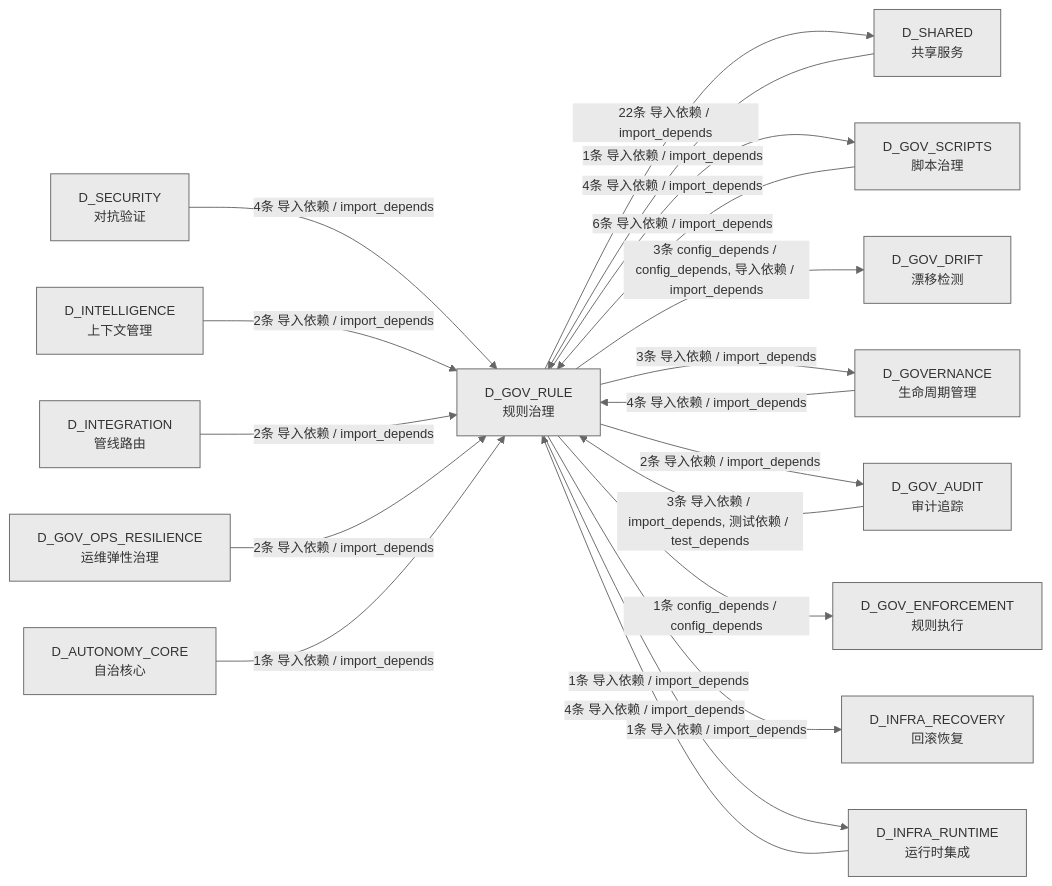
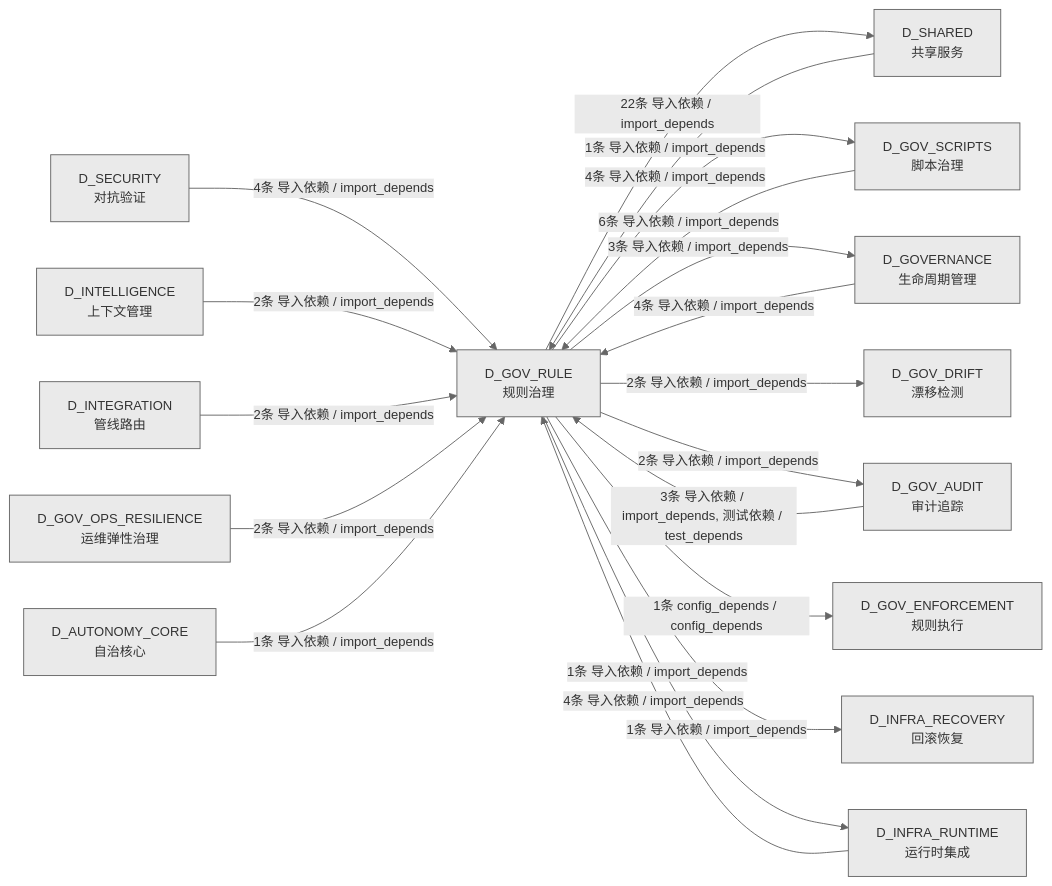
One commit to xuanFelixVan/ZephyrAlpha changed the third of 3 diagrams in docs/02_enterprise_architecture/02_domain_architecture_docs/55_d_gov_rule.md. Above: the diagram before and after it, drawn with Mermaid. The commit also changed other lines of this file and 60 other files, not shown here.

````diff
--- a/docs/02_enterprise_architecture/02_domain_architecture_docs/55_d_gov_rule.md
+++ b/docs/02_enterprise_architecture/02_domain_architecture_docs/55_d_gov_rule.md
@@ -363,36 +363,36 @@
 ```mermaid
 %%{init: {'theme': 'base', 'themeVariables': {'primaryColor': '#eaeaea', 'primaryTextColor': '#333333', 'primaryBorderColor': '#666666', 'lineColor': '#666666', 'secondaryColor': '#eaeaea', 'tertiaryColor': '#eaeaea', 'fontSize': '14px'}}}%%
 graph LR
     D_GOV_RULE["D_GOV_RULE<br/>规则治理"]
     D_SHARED["D_SHARED<br/>共享服务"]
     D_GOV_SCRIPTS["D_GOV_SCRIPTS<br/>脚本治理"]
+    D_GOVERNANCE["D_GOVERNANCE<br/>生命周期管理"]
     D_GOV_DRIFT["D_GOV_DRIFT<br/>漂移检测"]
-    D_GOVERNANCE["D_GOVERNANCE<br/>生命周期管理"]
     D_GOV_AUDIT["D_GOV_AUDIT<br/>审计追踪"]
     D_GOV_ENFORCEMENT["D_GOV_ENFORCEMENT<br/>规则执行"]
     D_INFRA_RECOVERY["D_INFRA_RECOVERY<br/>回滚恢复"]
     D_INFRA_RUNTIME["D_INFRA_RUNTIME<br/>运行时集成"]
     D_SECURITY["D_SECURITY<br/>对抗验证"]
     D_INTELLIGENCE["D_INTELLIGENCE<br/>上下文管理"]
     D_INTEGRATION["D_INTEGRATION<br/>管线路由"]
     D_GOV_OPS_RESILIENCE["D_GOV_OPS_RESILIENCE<br/>运维弹性治理"]
     D_AUTONOMY_CORE["D_AUTONOMY_CORE<br/>自治核心"]
     D_GOV_RULE -->|22条 导入依赖 / import_depends| D_SHARED
     D_GOV_RULE -->|4条 导入依赖 / import_depends| D_GOV_SCRIPTS
-    D_GOV_RULE -->|3条 config_depends / config_depends, 导入依赖 / import_depends| D_GOV_DRIFT
     D_GOV_RULE -->|3条 导入依赖 / import_depends| D_GOVERNANCE
+    D_GOV_RULE -->|2条 导入依赖 / import_depends| D_GOV_DRIFT
     D_GOV_RULE -->|2条 导入依赖 / import_depends| D_GOV_AUDIT
     D_GOV_RULE -->|1条 config_depends / config_depends| D_GOV_ENFORCEMENT
     D_GOV_RULE -->|1条 导入依赖 / import_depends| D_INFRA_RECOVERY
     D_GOV_RULE -->|1条 导入依赖 / import_depends| D_INFRA_RUNTIME
     D_GOV_SCRIPTS -->|6条 导入依赖 / import_depends| D_GOV_RULE
     D_GOVERNANCE -->|4条 导入依赖 / import_depends| D_GOV_RULE
     D_SECURITY -->|4条 导入依赖 / import_depends| D_GOV_RULE
     D_INFRA_RUNTIME -->|4条 导入依赖 / import_depends| D_GOV_RULE
     D_GOV_AUDIT -->|3条 导入依赖 / import_depends, 测试依赖 / test_depends| D_GOV_RULE
     D_INTELLIGENCE -->|2条 导入依赖 / import_depends| D_GOV_RULE
     D_INTEGRATION -->|2条 导入依赖 / import_depends| D_GOV_RULE
     D_GOV_OPS_RESILIENCE -->|2条 导入依赖 / import_depends| D_GOV_RULE
     D_SHARED -->|1条 导入依赖 / import_depends| D_GOV_RULE
     D_AUTONOMY_CORE -->|1条 导入依赖 / import_depends| D_GOV_RULE
 ```
````
